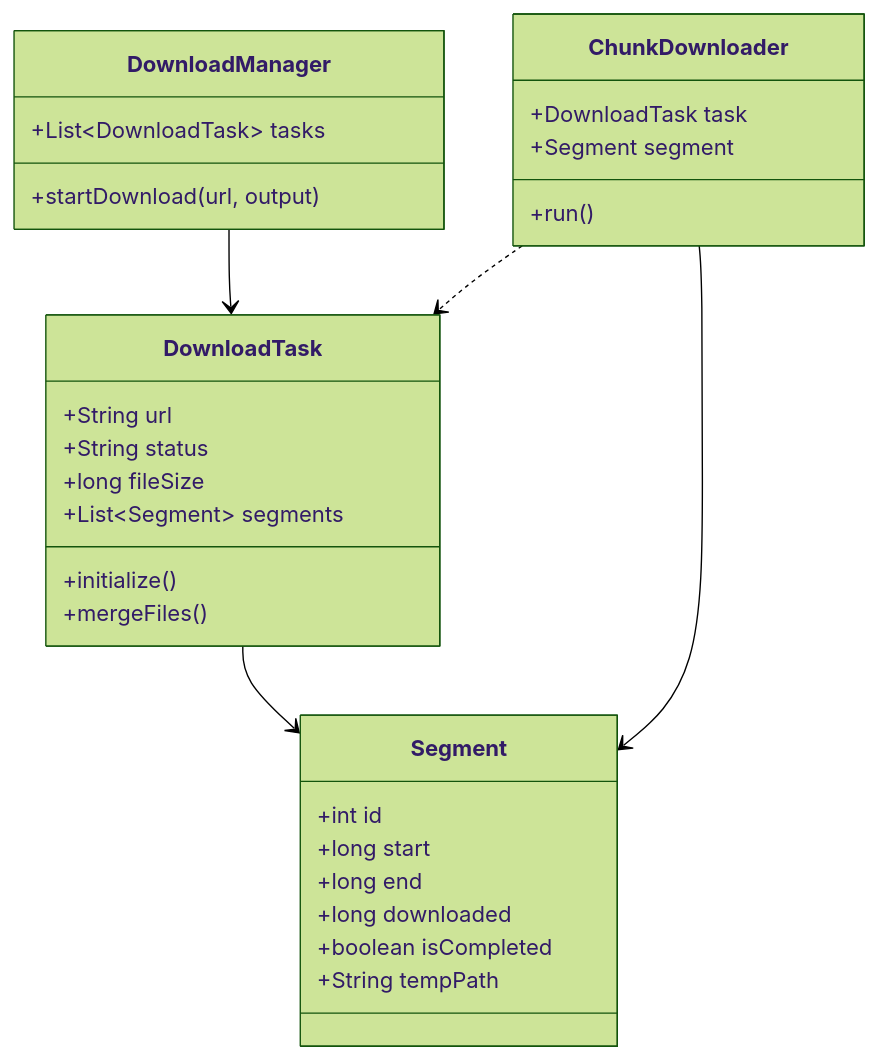
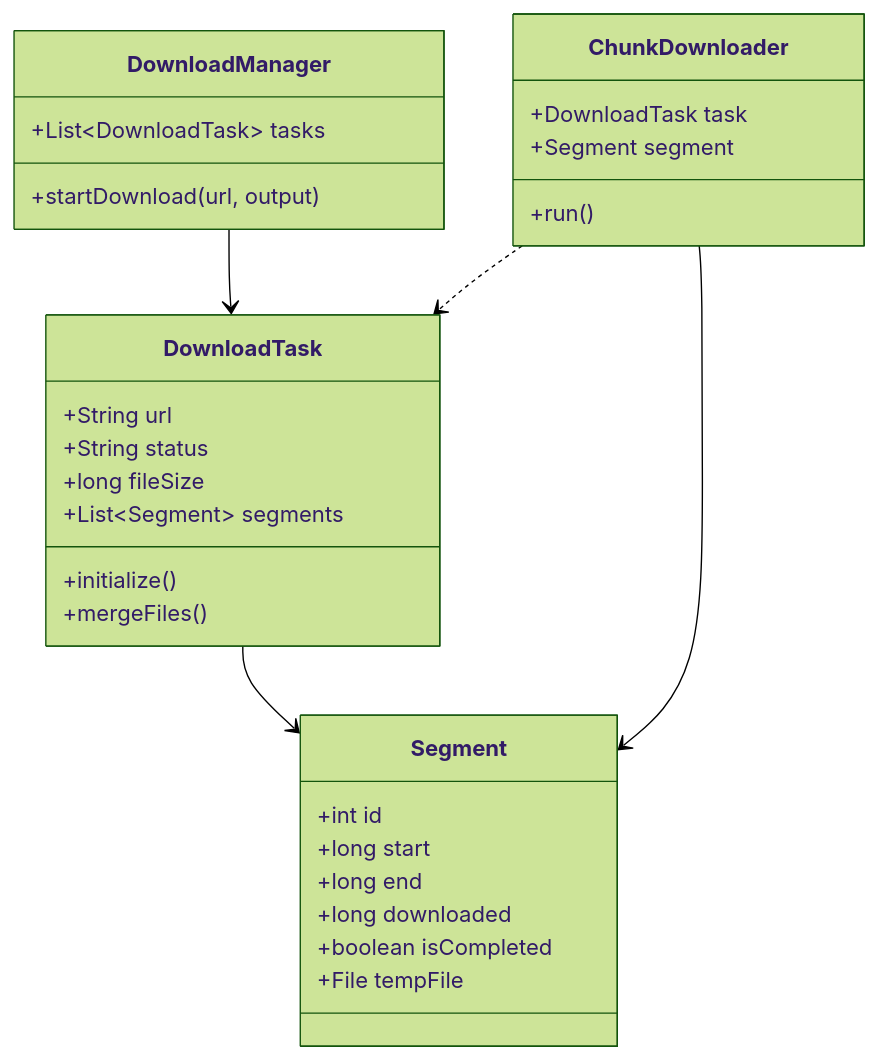
Before and after one commit to nishchalnishant/SystemDesign: the diagram in lld-problems/problems/22-design-download-manager.md, drawn with Mermaid (forest theme). The commit also changed other lines of this file and 22 other files, not shown here.

````diff
--- a/lld-problems/problems/22-design-download-manager.md
+++ b/lld-problems/problems/22-design-download-manager.md
@@ -36,36 +62,36 @@
 ```mermaid
 classDiagram
     class DownloadManager {
         +List~DownloadTask~ tasks
         +startDownload(url, output)
     }
 
     class DownloadTask {
         +String url
         +String status
         +long fileSize
         +List~Segment~ segments
         +initialize()
         +mergeFiles()
     }
 
     class Segment {
         +int id
         +long start
         +long end
         +long downloaded
         +boolean isCompleted
-        +String tempPath
+        +File tempFile
     }
 
     class ChunkDownloader {
         +DownloadTask task
         +Segment segment
         +run()
     }
 
     DownloadManager --> DownloadTask
     DownloadTask --> Segment
     ChunkDownloader --> Segment
     ChunkDownloader ..> DownloadTask
 ```
````
